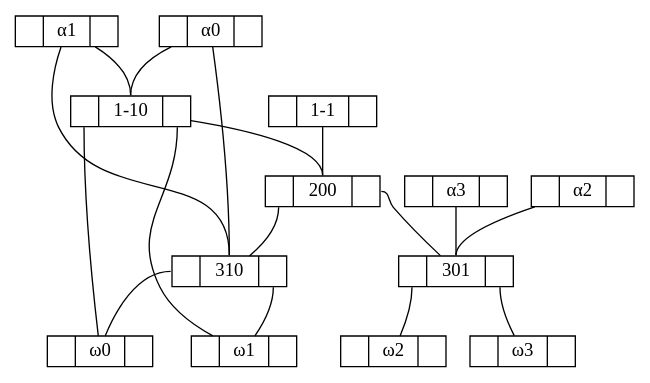
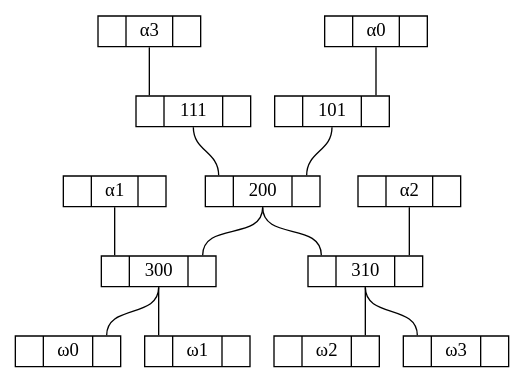
The diagram in 4 binairy tree general.gv (grootstebozewolf/networks), drawn with Graphviz before and after one commit. The commit also changed 7 other files, not shown here.

```diff
--- a/4 binairy tree general.gv
+++ b/4 binairy tree general.gv
@@ -1,36 +1,28 @@
 graph "4 binairy tree general" {
 	node [height=.1 shape=record]
-	200:f0 -- 310
-	310:f0 -- "ω00"
+	200 [label="<f0> |<f1> 200|<f2>"]
+	200:f1 -- 300:f2
+	300 [label="<f0> |<f1> 300|<f2>"]
+	300:f1 -- "ω00":f2
 	"ω00" [label="<f0> |<f1> ω0|<f2>"]
-	310:f2 -- "ω01"
+	300:f1 -- "ω01":f0
 	"ω01" [label="<f0> |<f1> ω1|<f2>"]
-	"α00" -- 310:f1
+	"α01":f1 -- 300:f0
+	"α01" [label="<f0> |<f1> α1|<f2>"]
+	200:f1 -- 310:f0
+	310 [label="<f0> |<f1> 310|<f2>"]
+	310:f1 -- "ω10":f2
+	"ω10" [label="<f0> |<f1> ω2|<f2>"]
+	310:f1 -- "ω11":f0
+	"ω11" [label="<f0> |<f1> ω3|<f2>"]
+	"α10":f1 -- 310:f2
+	"α10" [label="<f0> |<f1> α2|<f2>"]
+	101:f1 -- 200:f2
+	101 [label="<f0> |<f1> 101|<f2>"]
+	"α00":f1 -- 101:f2
 	"α00" [label="<f0> |<f1> α0|<f2>"]
-	"α01" -- 310:f1
-	"α01" [label="<f0> |<f1> α1|<f2>"]
-	310 [label="<f0> |<f1> 310|<f2>"]
-	200:f2 -- 301
-	301:f0 -- "ω10"
-	"ω10" [label="<f0> |<f1> ω2|<f2>"]
-	301:f2 -- "ω11"
-	"ω11" [label="<f0> |<f1> ω3|<f2>"]
-	"α10" -- 301:f1
-	"α10" [label="<f0> |<f1> α2|<f2>"]
-	"α11" -- 301:f1
+	111:f1 -- 200:f0
+	111 [label="<f0> |<f1> 111|<f2>"]
+	"α11":f1 -- 111:f0
 	"α11" [label="<f0> |<f1> α3|<f2>"]
-	301 [label="<f0> |<f1> 301|<f2>"]
-	"1-10" -- 200:f1
-	"1-10":f0 -- "ω00"
-	"ω00" [label="<f0> |<f1> ω0|<f2>"]
-	"1-10":f2 -- "ω01"
-	"ω01" [label="<f0> |<f1> ω1|<f2>"]
-	"α00" -- "1-10":f1
-	"α00" [label="<f0> |<f1> α0|<f2>"]
-	"α01" -- "1-10":f1
-	"α01" [label="<f0> |<f1> α1|<f2>"]
-	"1-10" [label="<f0> |<f1> 1-10|<f2>"]
-	"1-1" -- 200:f1
-	"1-1" [label="<f0> |<f1> 1-1|<f2>"]
-	200 [label="<f0> |<f1> 200|<f2>"]
 }
```
